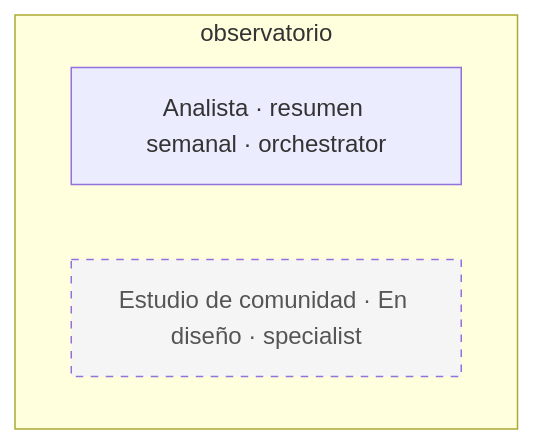
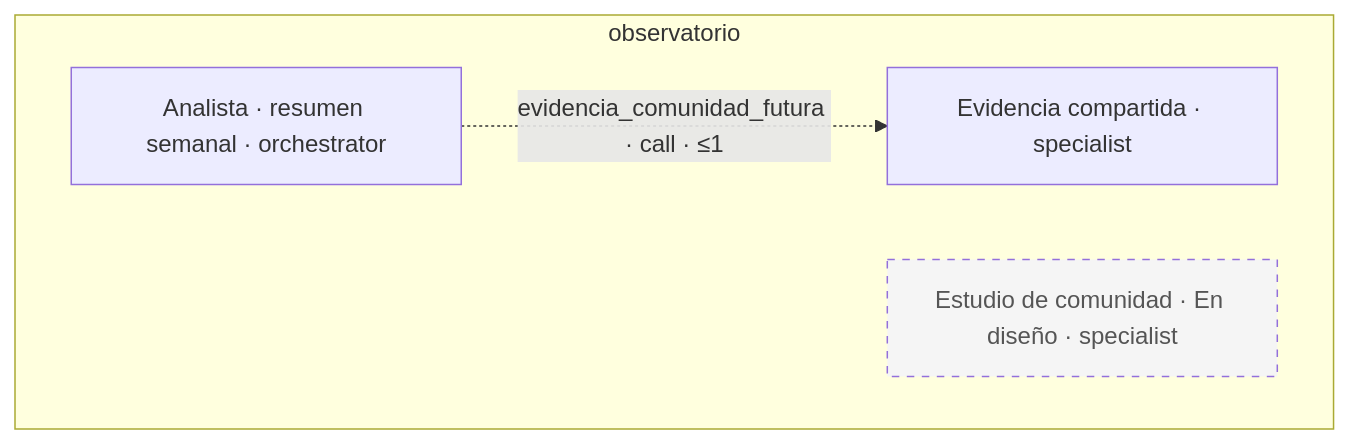
Diagram 12 of 13 in docs/arquitectura/grafo.md (gustavop-dev/barrio-ai), drawn with Mermaid before and after one commit. The commit also changed other lines of this file and 15 other files, not shown here.

First line of the commit message:
feat(observatorio): fase 4 — evidencia compartida con procedencia, cobertura y atribución por referente

````diff
--- a/docs/arquitectura/grafo.md
+++ b/docs/arquitectura/grafo.md
@@ -406,9 +415,11 @@
 ```mermaid
 flowchart TD
   classDef planned stroke-dasharray: 5 5,fill:#f5f5f5,color:#555;
   subgraph grupo_observatorio["observatorio"]
     analista_barrio_resultados["Analista · resumen semanal · orchestrator"]
     estudio_comunidad["Estudio de comunidad · En diseño · specialist"]
     class estudio_comunidad planned;
+    evidencia_compartida["Evidencia compartida · specialist"]
   end
+  analista_barrio_resultados -.->|"evidencia_comunidad_futura · call · ≤1"| evidencia_compartida
 ```
````
